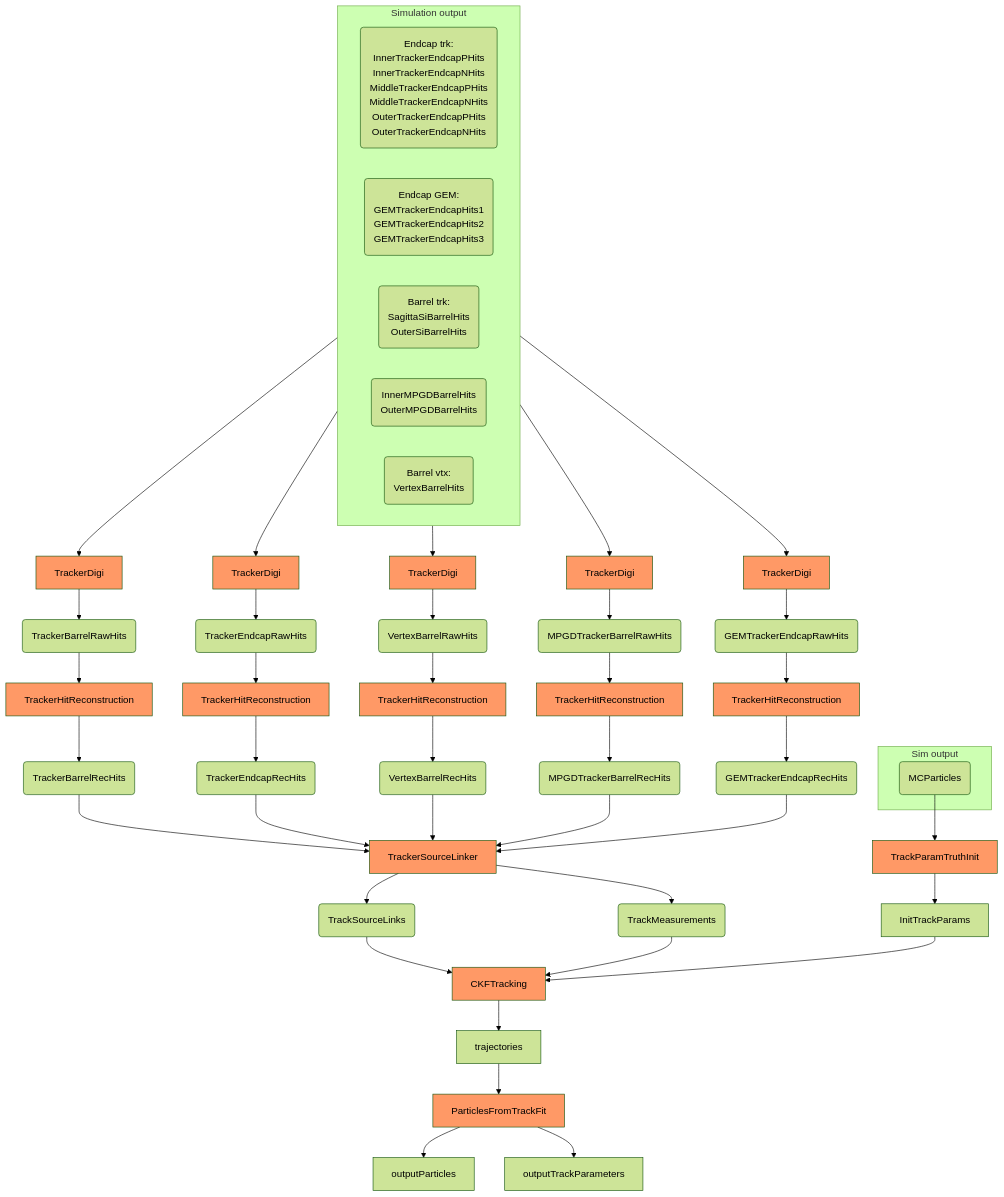
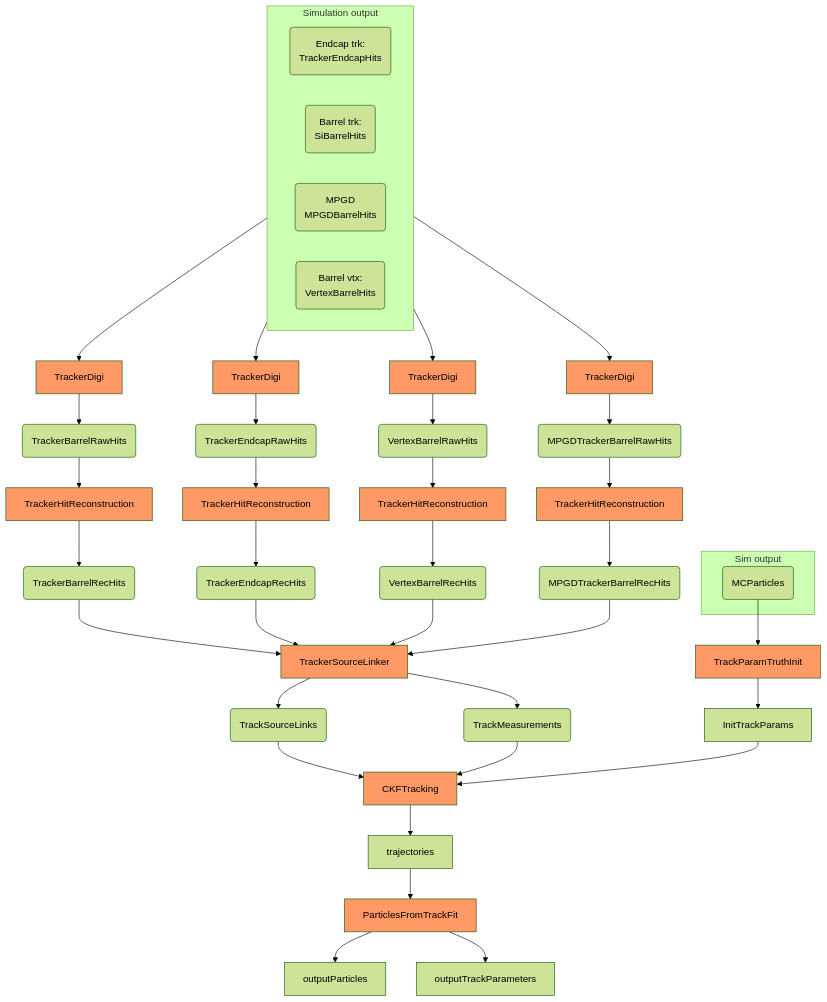
Before and after one commit to eic/EICrecon: the fifth of 7 diagrams in src/tests/tracking_test/mermaid_diagrams.md, drawn with Mermaid (forest theme). The commit also changed 5 other files, not shown here.

````diff
--- a/src/tests/tracking_test/mermaid_diagrams.md
+++ b/src/tests/tracking_test/mermaid_diagrams.md
@@ -175,66 +175,60 @@
 ```mermaid
 flowchart TB
   classDef alg fill:#f96;
   classDef col fill:#66ccff;
   subgraph Simulation output
     direction LR
         
-    tracker_endcap_collections(Endcap trk:<br />InnerTrackerEndcapPHits<br/>InnerTrackerEndcapNHits<br/>MiddleTrackerEndcapPHits<br/>MiddleTrackerEndcapNHits<br/>OuterTrackerEndcapPHits<br/>OuterTrackerEndcapNHits<br/>)
-    gem_endcap_collections(Endcap GEM:<br/>GEMTrackerEndcapHits1<br/>GEMTrackerEndcapHits2<br/>GEMTrackerEndcapHits3)
-    tracker_barrel_collections(Barrel trk:<br/>SagittaSiBarrelHits<br/>OuterSiBarrelHits)    
-    mpgd_barrel_collections(InnerMPGDBarrelHits<br/>OuterMPGDBarrelHits)
+    tracker_endcap_collections(Endcap trk:<br />TrackerEndcapHits)    
+    tracker_barrel_collections(Barrel trk:<br/>SiBarrelHits)    
+    mpgd_barrel_collections(MPGD<br/>MPGDBarrelHits)
     vertex_barrel_collections(Barrel vtx:<br/>VertexBarrelHits)
   end
   
   tracker_endcap_collections --> TrackerDigi2[TrackerDigi]:::alg
   TrackerDigi2 --> TrackerEndcapRawHits(TrackerEndcapRawHits)
   TrackerEndcapRawHits --> TrackerHitReconstruction2[TrackerHitReconstruction]:::alg
   TrackerHitReconstruction2 --> TrackerEndcapRecHits(TrackerEndcapRecHits)
   
-  gem_endcap_collections --> TrackerDigi5[TrackerDigi]:::alg
-  TrackerDigi5 --> GEMTrackerEndcapRawHits(GEMTrackerEndcapRawHits)
-  GEMTrackerEndcapRawHits --> TrackerHitReconstruction5[TrackerHitReconstruction]:::alg
-  TrackerHitReconstruction5 --> GEMTrackerEndcapRecHits(GEMTrackerEndcapRecHits)
-  
+ 
   tracker_barrel_collections --> TrackerDigi[TrackerDigi]:::alg
   TrackerDigi --> TrackerBarrelRawHits(TrackerBarrelRawHits)
   TrackerBarrelRawHits --> TrackerHitReconstruction[TrackerHitReconstruction]:::alg
   TrackerHitReconstruction --> TrackerBarrelRecHits(TrackerBarrelRecHits)
   
   mpgd_barrel_collections --> TrackerDigi4[TrackerDigi]:::alg
   TrackerDigi4 --> MPGDTrackerBarrelRawHits(MPGDTrackerBarrelRawHits)
   MPGDTrackerBarrelRawHits --> TrackerHitReconstruction4[TrackerHitReconstruction]:::alg
   TrackerHitReconstruction4 --> MPGDTrackerBarrelRecHits(MPGDTrackerBarrelRecHits)
   
   vertex_barrel_collections --> TrackerDigi3[TrackerDigi]:::alg
   TrackerDigi3 --> VertexBarrelRawHits(VertexBarrelRawHits)
   VertexBarrelRawHits --> TrackerHitReconstruction3[TrackerHitReconstruction]:::alg
   TrackerHitReconstruction3 --> VertexBarrelRecHits(VertexBarrelRecHits)  
   
   TrackerSourceLinker[TrackerSourceLinker]:::alg
   
   TrackerBarrelRecHits --> TrackerSourceLinker
   TrackerEndcapRecHits --> TrackerSourceLinker
   VertexBarrelRecHits --> TrackerSourceLinker
   MPGDTrackerBarrelRecHits --> TrackerSourceLinker
-  GEMTrackerEndcapRecHits --> TrackerSourceLinker   
   
   TrackerSourceLinker --> TrackSourceLinks(TrackSourceLinks)
   TrackerSourceLinker --> TrackMeasurements(TrackMeasurements)
   
   subgraph Sim output
     MCParticles(MCParticles)
   end
   
   MCParticles --> TrackParamTruthInit[TrackParamTruthInit]:::alg
   TrackParamTruthInit --> InitTrackParams
   
   TrackSourceLinks --> CKFTracking[CKFTracking]:::alg
   TrackMeasurements --> CKFTracking
   InitTrackParams --> CKFTracking
   CKFTracking --> trajectories
   
   trajectories --> ParticlesFromTrackFit[ParticlesFromTrackFit]:::alg
   ParticlesFromTrackFit --> outputParticles
   ParticlesFromTrackFit --> outputTrackParameters
 ```
````
